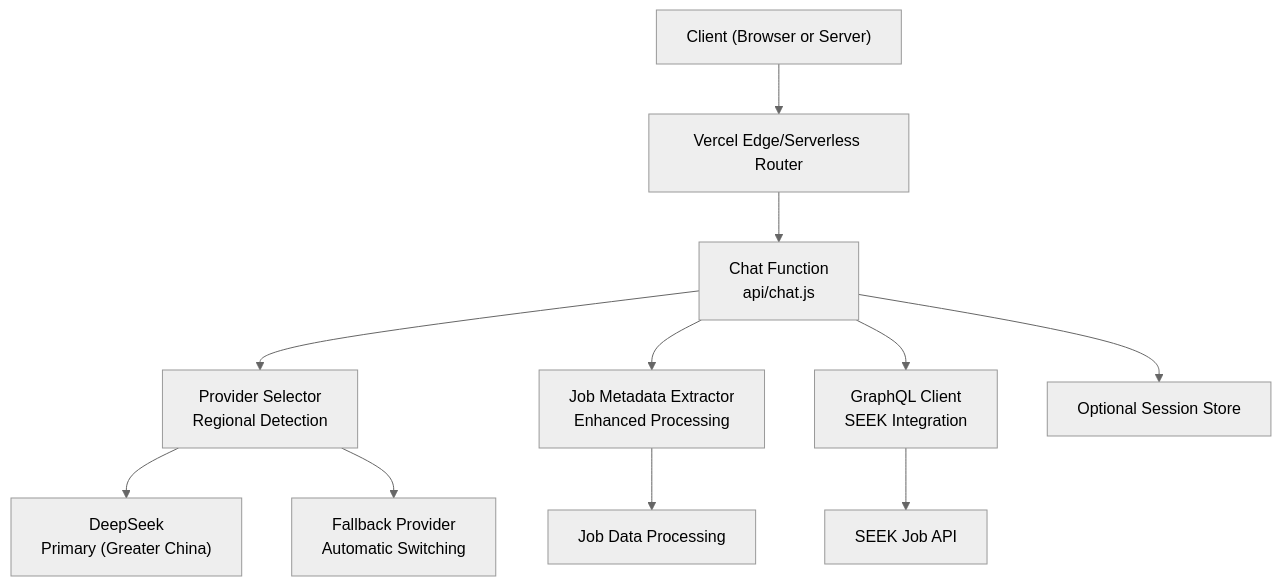
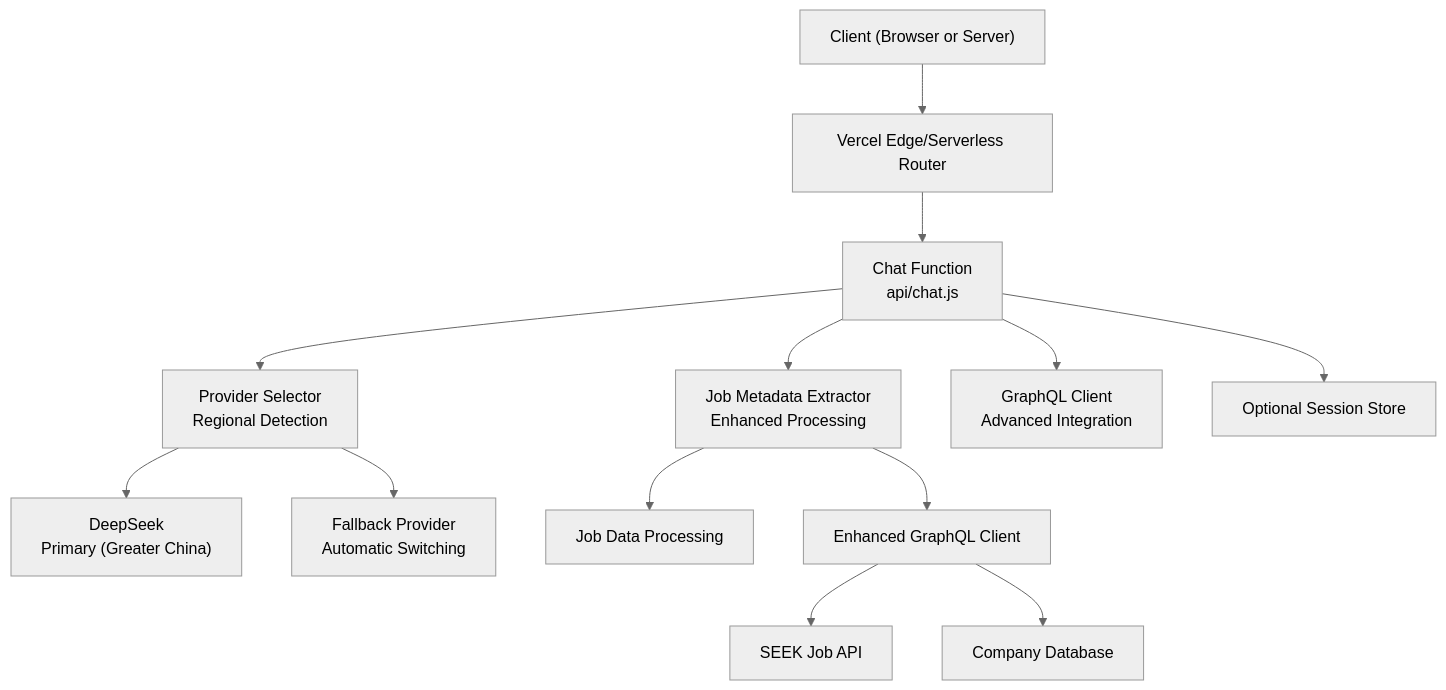
Before and after one commit to zmyeo54/briefroom: the first of 9 diagrams in .qoder/repowiki/en/content/API Reference/Chat API.md, drawn with Mermaid (neutral theme). The commit also changed other lines of this file and 13 other files, not shown here.

````diff
--- a/.qoder/repowiki/en/content/API Reference/Chat API.md
+++ b/.qoder/repowiki/en/content/API Reference/Chat API.md
@@ -45,13 +46,15 @@
 ```mermaid
 graph TB
 Client["Client (Browser or Server)"] --> Vercel["Vercel Edge/Serverless Router"]
 Vercel --> ChatFn["Chat Function<br/>api/chat.js"]
 ChatFn --> ProviderSelector["Provider Selector<br/>Regional Detection"]
 ChatFn --> JobMeta["Job Metadata Extractor<br/>Enhanced Processing"]
-ChatFn --> GraphQL["GraphQL Client<br/>SEEK Integration"]
+ChatFn --> GraphQL["GraphQL Client<br/>Advanced Integration"]
 ProviderSelector --> DeepSeek["DeepSeek<br/>Primary (Greater China)"]
 ProviderSelector --> Fallback["Fallback Provider<br/>Automatic Switching"]
 JobMeta --> JobData["Job Data Processing"]
-GraphQL --> SeekAPI["SEEK Job API"]
+JobMeta --> EnhancedGQL["Enhanced GraphQL Client"]
+EnhancedGQL --> SeekAPI["SEEK Job API"]
+EnhancedGQL --> CompanyDB["Company Database"]
 ChatFn --> Storage["Optional Session Store"]
 ```
````
